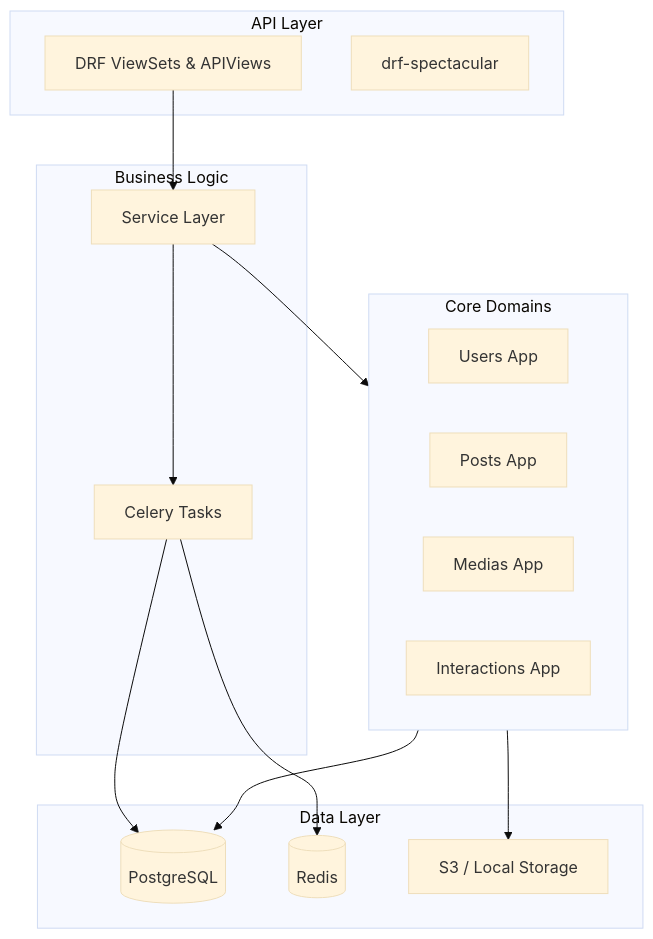
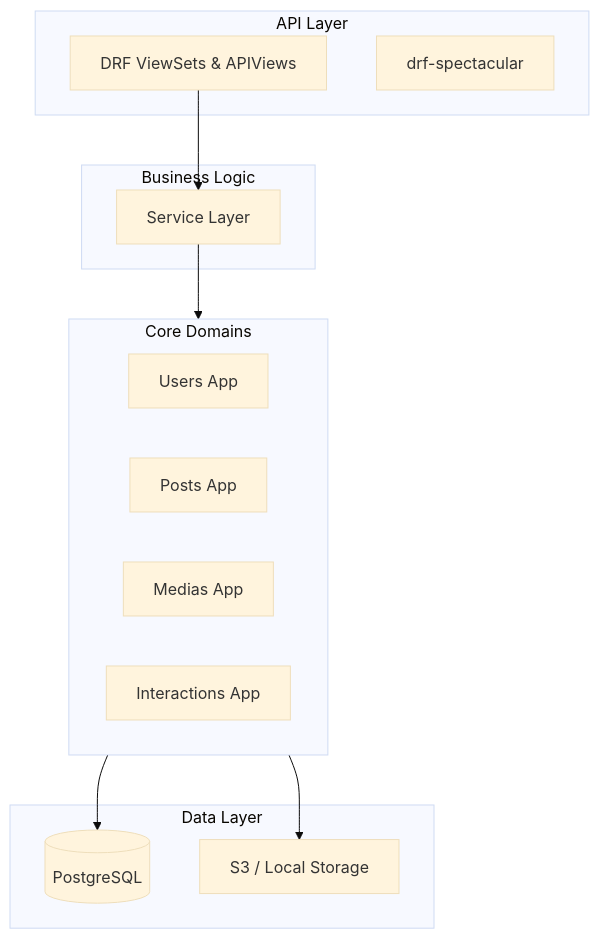
Before and after one commit to amirhossein-moloki/Blog: the diagram in README.md, drawn with Mermaid (base theme). The commit also changed other lines of this file and 21 other files, not shown here.

First line of the commit message:
Remove Celery and Redis and simplify project structure

````diff
--- a/README.md
+++ b/README.md
@@ -61,33 +58,28 @@
 ```mermaid
 graph TD
     subgraph APILayer ["API Layer"]
         DRF[DRF ViewSets & APIViews]
         Spectacular[drf-spectacular]
     end
 
     subgraph BusinessLogic ["Business Logic"]
         Services[Service Layer]
-        Tasks[Celery Tasks]
     end
 
     subgraph CoreDomains ["Core Domains"]
         Users[Users App]
         Posts[Posts App]
         Medias[Medias App]
         Interactions[Interactions App]
     end
 
     subgraph DataLayer ["Data Layer"]
         DB[(PostgreSQL)]
-        Cache[(Redis)]
         Storage[S3 / Local Storage]
     end
 
     DRF --> Services
     Services --> CoreDomains
-    Services --> Tasks
     CoreDomains --> DB
     CoreDomains --> Storage
-    Tasks --> DB
-    Tasks --> Cache
 ```
````
